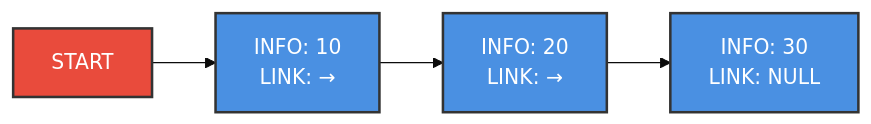
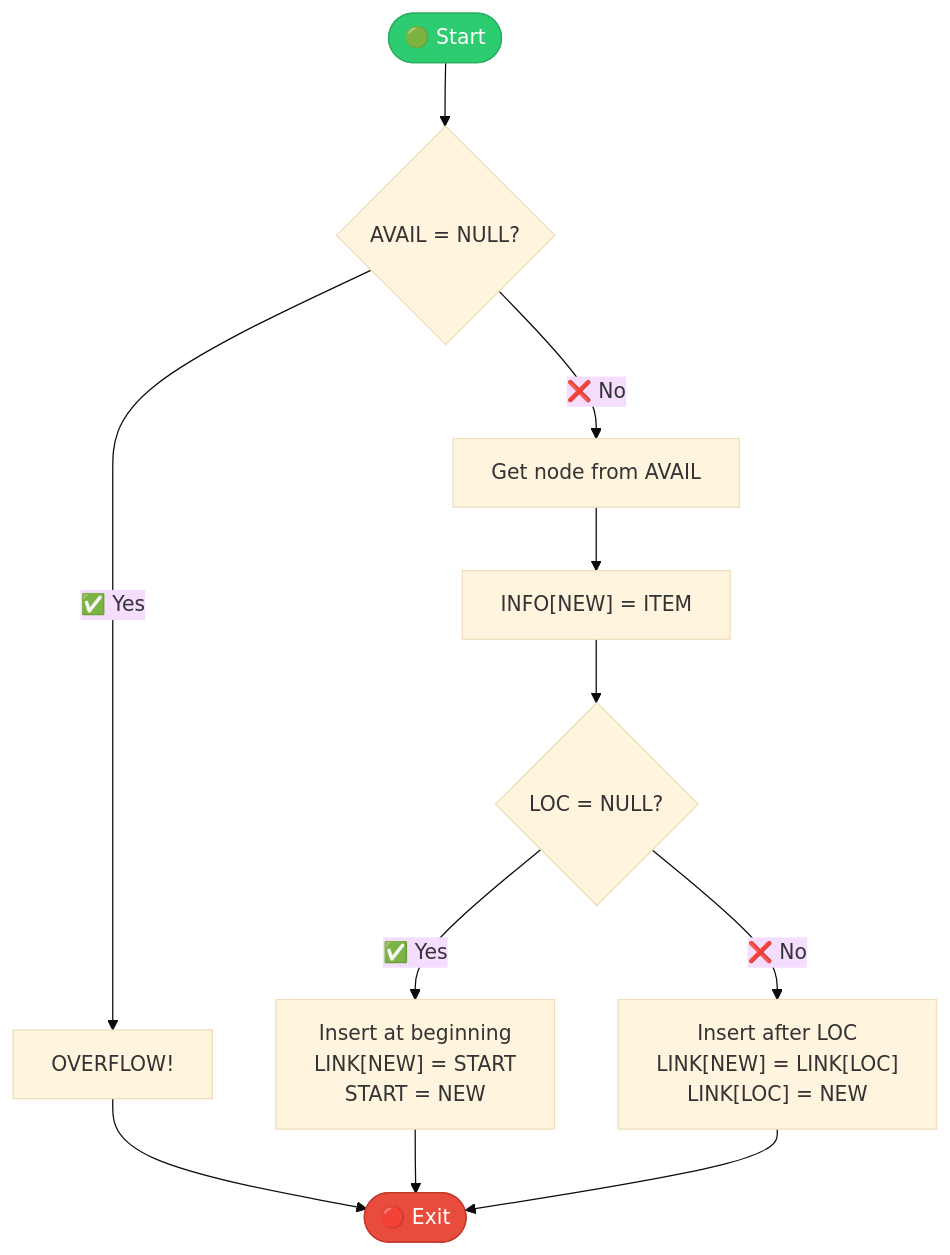
One commit to M-F-Tushar/CSE-2101-Data-Structure changed diagram 14 of 27 in Chapter 5 - Linked Lists/README.md. Above: the diagram before and after it, drawn with Mermaid (base theme). The commit also changed other lines of this file, not shown here.

````diff
--- a/Chapter 5 - Linked Lists/README.md
+++ b/Chapter 5 - Linked Lists/README.md
@@ -1125,11 +588,16 @@
 ```mermaid
-graph LR
-    START["START"] --> N1["INFO: 10<br/>LINK: →"]
-    N1 --> N2["INFO: 20<br/>LINK: →"]
-    N2 --> N3["INFO: 30<br/>LINK: NULL"]
+flowchart TD
+    START([🟢 Start]) --> OVERFLOW{"AVAIL = NULL?"}
+    OVERFLOW -->|✅ Yes| ERR["OVERFLOW!"]
+    ERR --> EXIT([🔴 Exit])
+    OVERFLOW -->|❌ No| GET["Get node from AVAIL"]
+    GET --> DATA["INFO[NEW] = ITEM"]
+    DATA --> CHKLOC{"LOC = NULL?"}
+    CHKLOC -->|✅ Yes| BEGIN["Insert at beginning<br/>LINK[NEW] = START<br/>START = NEW"]
+    CHKLOC -->|❌ No| AFTER["Insert after LOC<br/>LINK[NEW] = LINK[LOC]<br/>LINK[LOC] = NEW"]
+    BEGIN --> EXIT
+    AFTER --> EXIT
     
-    style START fill:#E94B3C,stroke:#333,stroke-width:2px,color:#fff
-    style N1 fill:#4A90E2,stroke:#333,stroke-width:2px,color:#fff
-    style N2 fill:#4A90E2,stroke:#333,stroke-width:2px,color:#fff
-    style N3 fill:#4A90E2,stroke:#333,stroke-width:2px,color:#fff
+    style START fill:#2ecc71,stroke:#27ae60,color:#fff
+    style EXIT fill:#e74c3c,stroke:#c0392b,color:#fff
 ```
````
